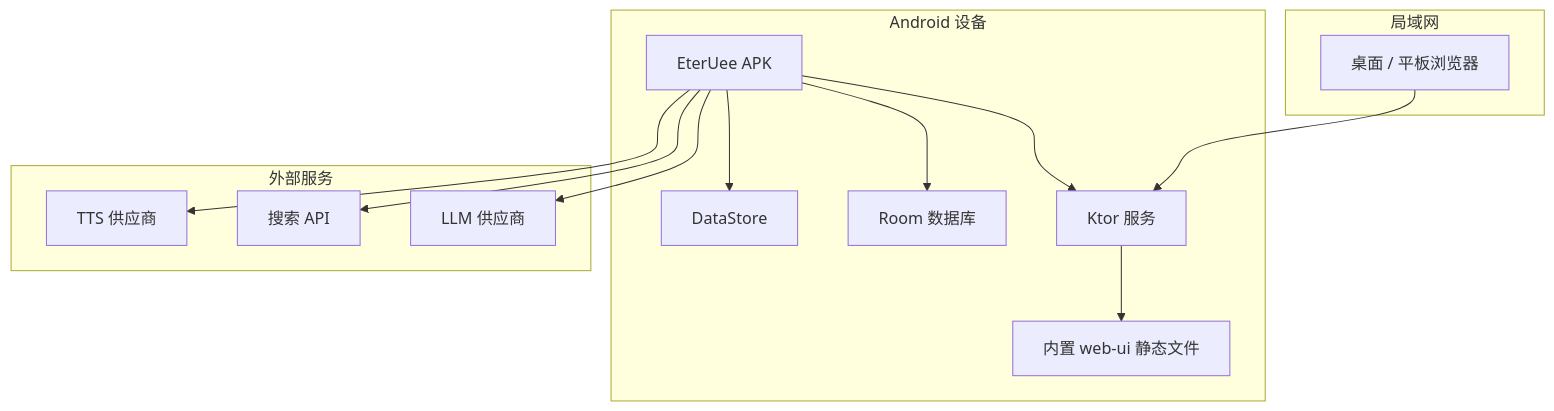
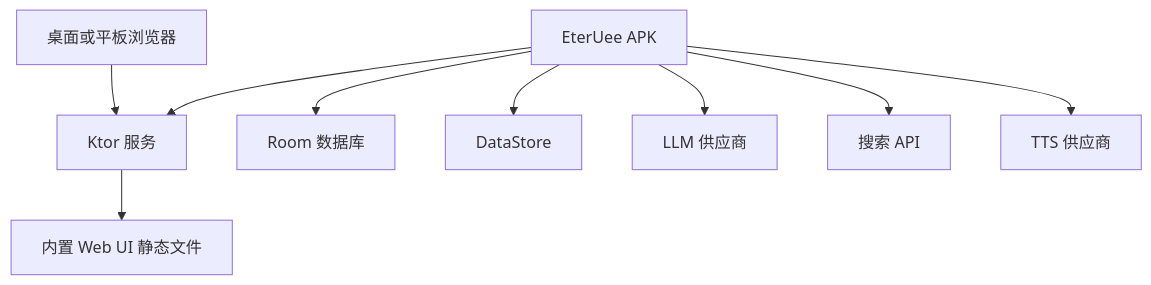
Before and after one commit to EterUltimate/EterUee: the sixth of 7 diagrams in README_ZH_CN.md, drawn with Mermaid. The commit also changed other lines of this file and 2 other files, not shown here.

Commit message:
docs: make README diagrams GitHub-safe

````diff
--- a/README_ZH_CN.md
+++ b/README_ZH_CN.md
@@ -202,29 +186,21 @@
 ```mermaid
-flowchart TB
-    subgraph AndroidDevice["Android 设备"]
-        App["EterUee APK"]
-        Ktor["Ktor 服务"]
-        Static["内置 web-ui 静态文件"]
-        Room["Room 数据库"]
-        DataStore["DataStore"]
-    end
-
-    subgraph LocalNetwork["局域网"]
-        Browser["桌面 / 平板浏览器"]
-    end
-
-    subgraph External["外部服务"]
-        LLM["LLM 供应商"]
-        SearchAPI["搜索 API"]
-        TTSAPI["TTS 供应商"]
-    end
+graph TD
+    Browser[桌面或平板浏览器]
+    App[EterUee APK]
+    Ktor[Ktor 服务]
+    Static[内置 Web UI 静态文件]
+    Room[Room 数据库]
+    DataStore[DataStore]
+    LLM[LLM 供应商]
+    SearchAPI[搜索 API]
+    TTSAPI[TTS 供应商]
 
     Browser --> Ktor
     App --> Ktor
     Ktor --> Static
     App --> Room
     App --> DataStore
     App --> LLM
     App --> SearchAPI
     App --> TTSAPI
 ```
````
